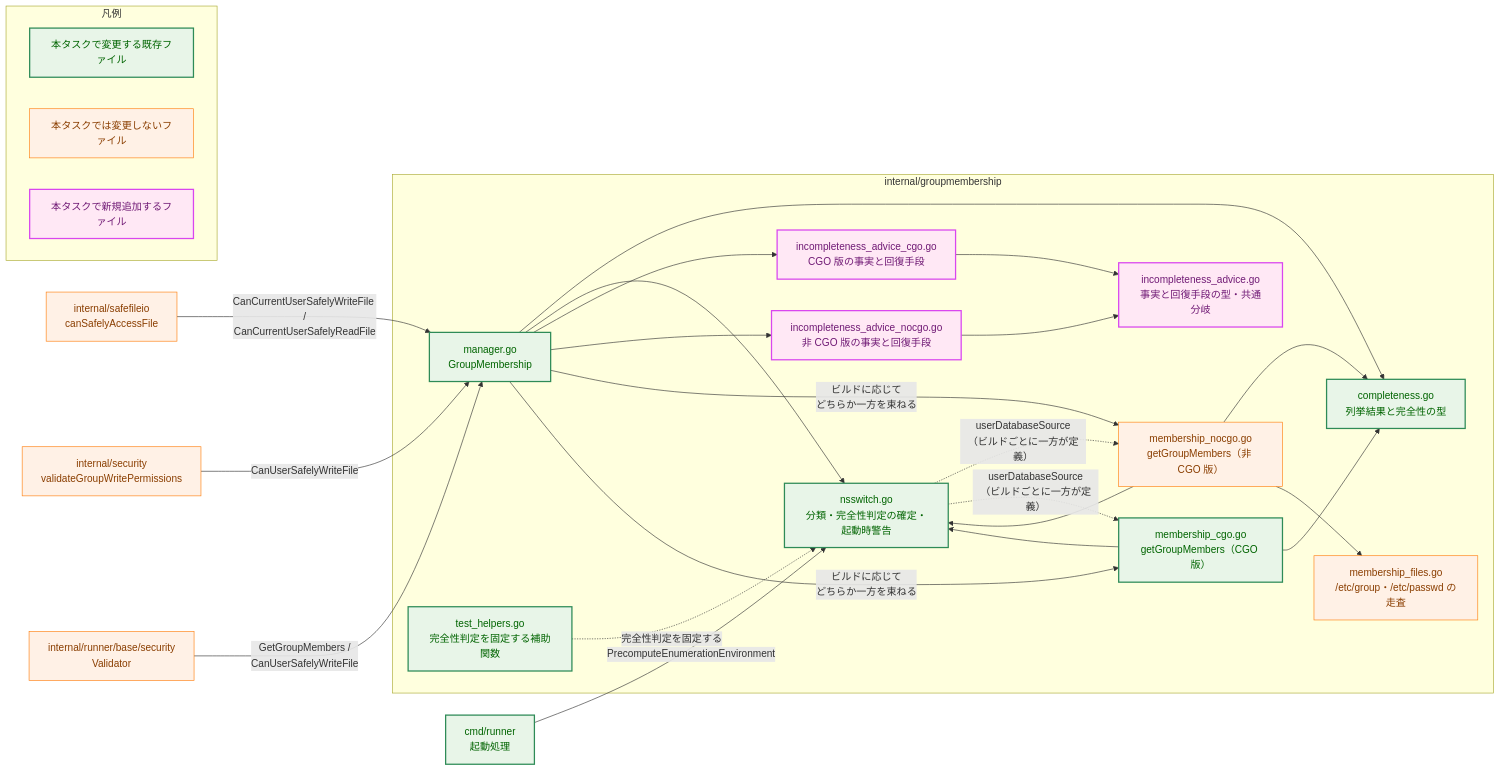
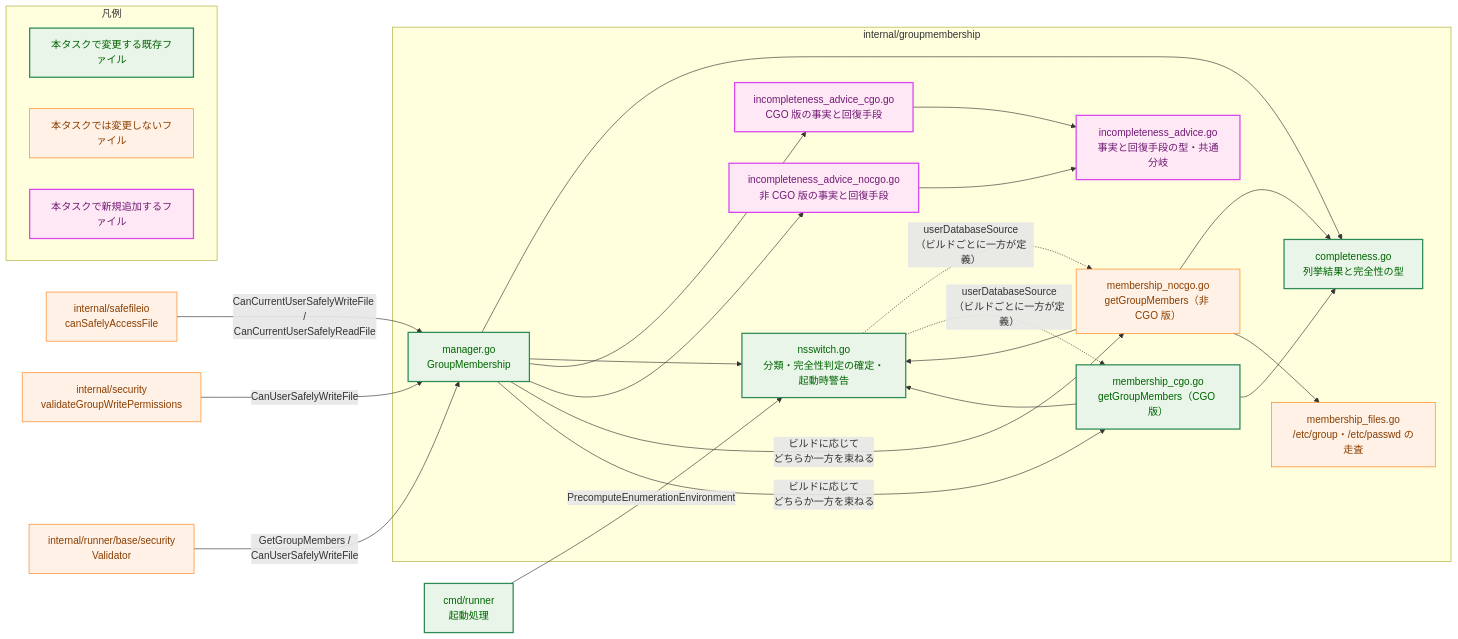
Before and after one commit to isseis/go-safe-cmd-runner: the second of 7 diagrams in docs/tasks/0169_groupmembership_cgo_enumeration_completeness/02_architecture.md, drawn with Mermaid. The commit also changed other lines of this file, not shown here.

Commit message:
docs(0169): keep the architecture diagram to production composition
test_helpers.go carries //go:build test and is never linked into a
production binary, so it does not belong in the §2.1 architecture
diagram. It was added there to answer a review finding about the diagram
disagreeing with the responsibilities tables; scoping the diagram
explicitly to production code answers that finding correctly instead,
and the file stays in the §2.2 and §3.6 tables where its change is
recorded.

Claude-Session: https://claude.ai/code/session_0198kwB17nNuGJfjRmaV4XaG

````diff
--- a/docs/tasks/0169_groupmembership_cgo_enumeration_completeness/02_architecture.md
+++ b/docs/tasks/0169_groupmembership_cgo_enumeration_completeness/02_architecture.md
@@ -114,54 +114,52 @@
 ```mermaid
 flowchart LR
     classDef data fill:#e6f7ff,stroke:#1f77b4,stroke-width:1px,color:#0b3d91;
     classDef process fill:#fff1e6,stroke:#ff7f0e,stroke-width:1px,color:#8a3e00;
     classDef enhanced fill:#e8f5e8,stroke:#2e8b57,stroke-width:2px,color:#006400;
     classDef newpkg fill:#ffe8f5,stroke:#d946ef,stroke-width:2px,color:#701a75;
 
     SFIO["internal/safefileio<br>canSafelyAccessFile"] -->|"CanCurrentUserSafelyWriteFile /<br>CanCurrentUserSafelyReadFile"| MGR
     DPC["internal/security<br>validateGroupWritePermissions"] -->|"CanUserSafelyWriteFile"| MGR
     RSV["internal/runner/base/security<br>Validator"] -->|"GetGroupMembers /<br>CanUserSafelyWriteFile"| MGR
     RUN["cmd/runner<br>起動処理"] -->|"PrecomputeEnumerationEnvironment"| NSW
 
     subgraph GMP["internal/groupmembership"]
         MGR["manager.go<br>GroupMembership"]
         CMP["completeness.go<br>列挙結果と完全性の型"]
         NSW["nsswitch.go<br>分類・完全性判定の確定・起動時警告"]
         NOC["membership_nocgo.go<br>getGroupMembers（非 CGO 版）"]
         FIL["membership_files.go<br>/etc/group・/etc/passwd の走査"]
         CGO["membership_cgo.go<br>getGroupMembers（CGO 版）"]
         ADV["incompleteness_advice.go<br>事実と回復手段の型・共通分岐"]
         ADC["incompleteness_advice_cgo.go<br>CGO 版の事実と回復手段"]
         ADN["incompleteness_advice_nocgo.go<br>非 CGO 版の事実と回復手段"]
-        THL["test_helpers.go<br>完全性判定を固定する補助関数"]
     end
 
     MGR --> CMP
     MGR --> NSW
     MGR --> ADC
     MGR --> ADN
     ADC --> ADV
     ADN --> ADV
     NOC --> CMP
     NOC --> NSW
     NOC --> FIL
     CGO --> CMP
     CGO --> NSW
     NSW -.->|"userDatabaseSource<br>（ビルドごとに一方が定義）"| NOC
     NSW -.->|"userDatabaseSource<br>（ビルドごとに一方が定義）"| CGO
-    THL -.->|"完全性判定を固定する"| NSW
     MGR -->|"ビルドに応じて<br>どちらか一方を束ねる"| NOC
     MGR -->|"ビルドに応じて<br>どちらか一方を束ねる"| CGO
 
     class SFIO,DPC,RSV,FIL,NOC process
     class RUN enhanced
-    class NSW,CGO,MGR,CMP,THL enhanced
+    class NSW,CGO,MGR,CMP enhanced
     class ADV,ADC,ADN newpkg
 
     subgraph Legend["凡例"]
         direction LR
         LG1["本タスクで変更する既存ファイル"]:::enhanced
         LG2["本タスクでは変更しないファイル"]:::process
         LG3["本タスクで新規追加するファイル"]:::newpkg
     end
 ```
````
